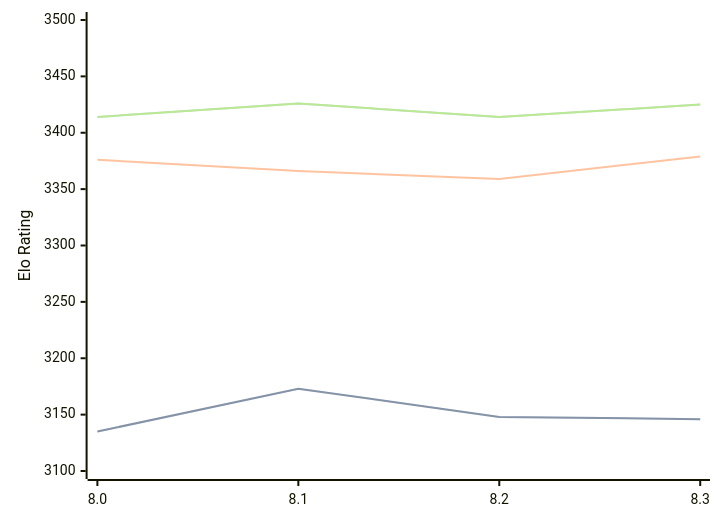
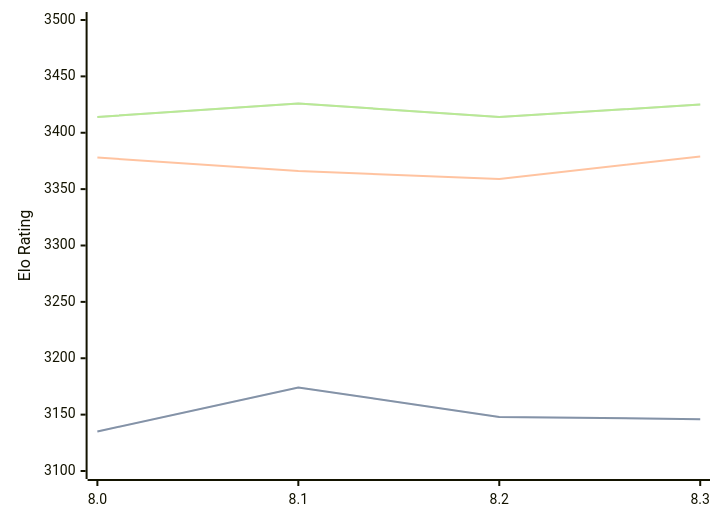
The diagram in engines/Alexander.md (computer-chess-index/cci), drawn with Mermaid before and after one commit. The commit also changed other lines of this file, not shown here.

````diff
--- a/engines/Alexander.md
+++ b/engines/Alexander.md
@@ -34,11 +34,11 @@
 ```mermaid
 %%{init: {"theme":"base","themeVariables":{"seriesColors:['#a3a3a3','#222221','#faa371']}}}%%
 xychart-beta
   x-axis ["8.0", "8.1", "8.2", "8.3"]
   y-axis "Elo Rating" 3100 --> 3500
-  line "STC (8.0+0.08s)" [3135, 3173, 3148, 3146]
-  line "STC (8.0+0.08s)" [3135, 3173, 3148, 3146]
-  line "LTC (60.0+0.60s)" [3376, 3366, 3359, 3379]
+  line "STC (8.0+0.08s)" [3135, 3174, 3148, 3146]
+  line "STC (8.0+0.08s)" [3135, 3174, 3148, 3146]
+  line "LTC (60.0+0.60s)" [3378, 3366, 3359, 3379]
   line "VLTC (2m24s+1.12s)" [3414, 3426, 3414, 3425]
   line "VLTC (2m24s+1.12s)" [3414, 3426, 3414, 3425]
 ```
````
